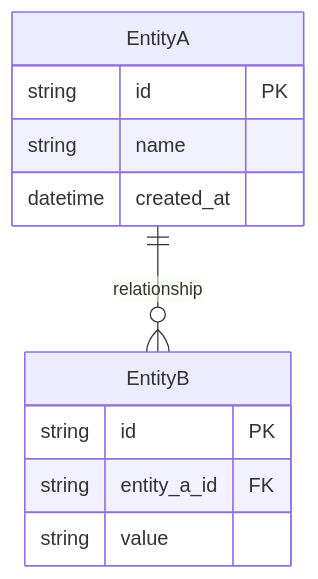
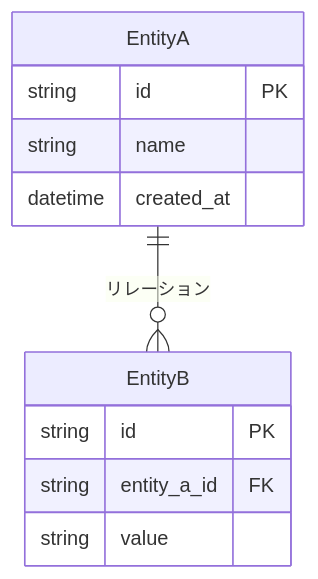
One commit to DIO0550/d-market changed the third of 6 diagrams in plugins/spec-plugin/skills/system-design/assets/templates/system-design.md. Above: the diagram before and after it, drawn with Mermaid. The commit also changed other lines of this file and 16 other files, not shown here.

````diff
--- a/plugins/spec-plugin/skills/system-design/assets/templates/system-design.md
+++ b/plugins/spec-plugin/skills/system-design/assets/templates/system-design.md
@@ -101,14 +101,14 @@
 ```mermaid
 erDiagram
-    EntityA ||--o{ EntityB : "relationship"
+    EntityA ||--o{ EntityB : "リレーション"
     EntityA {
         string id PK
         string name
         datetime created_at
     }
     EntityB {
         string id PK
         string entity_a_id FK
         string value
     }
 ```
````
